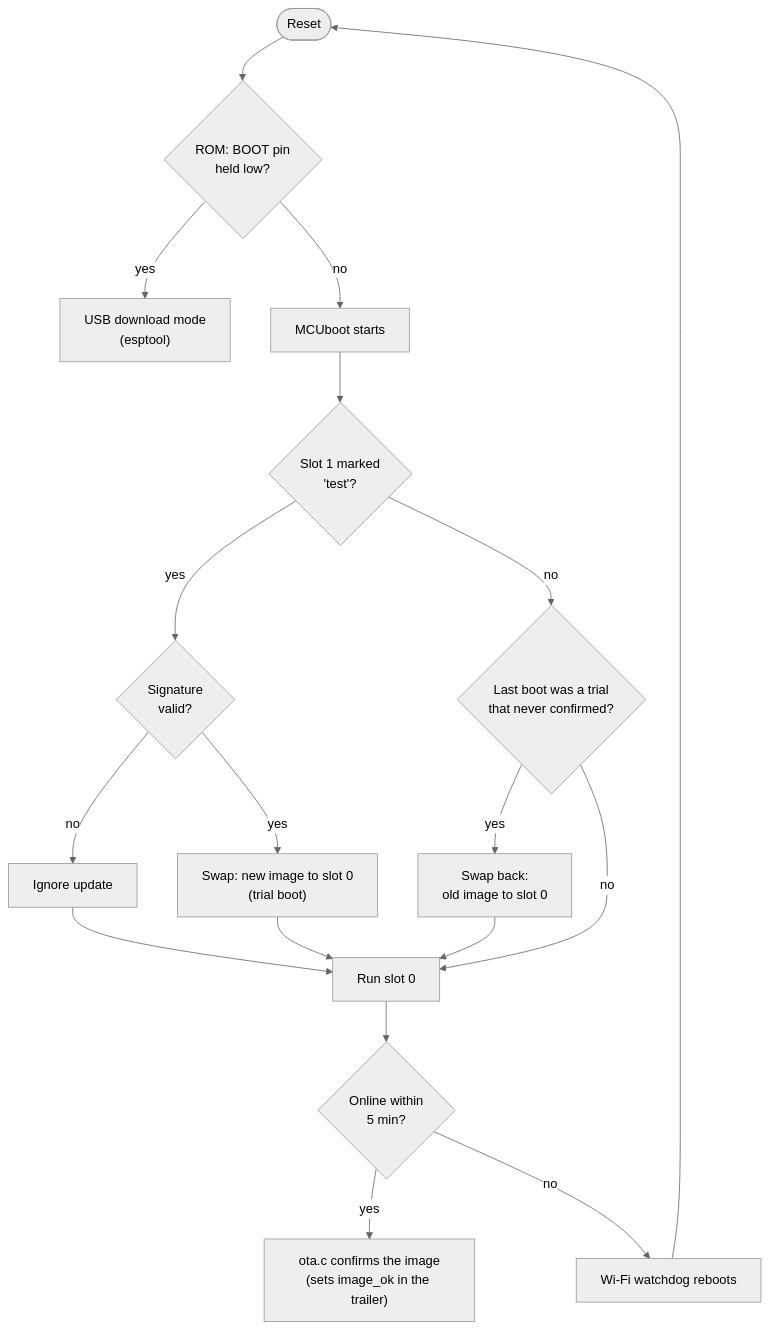
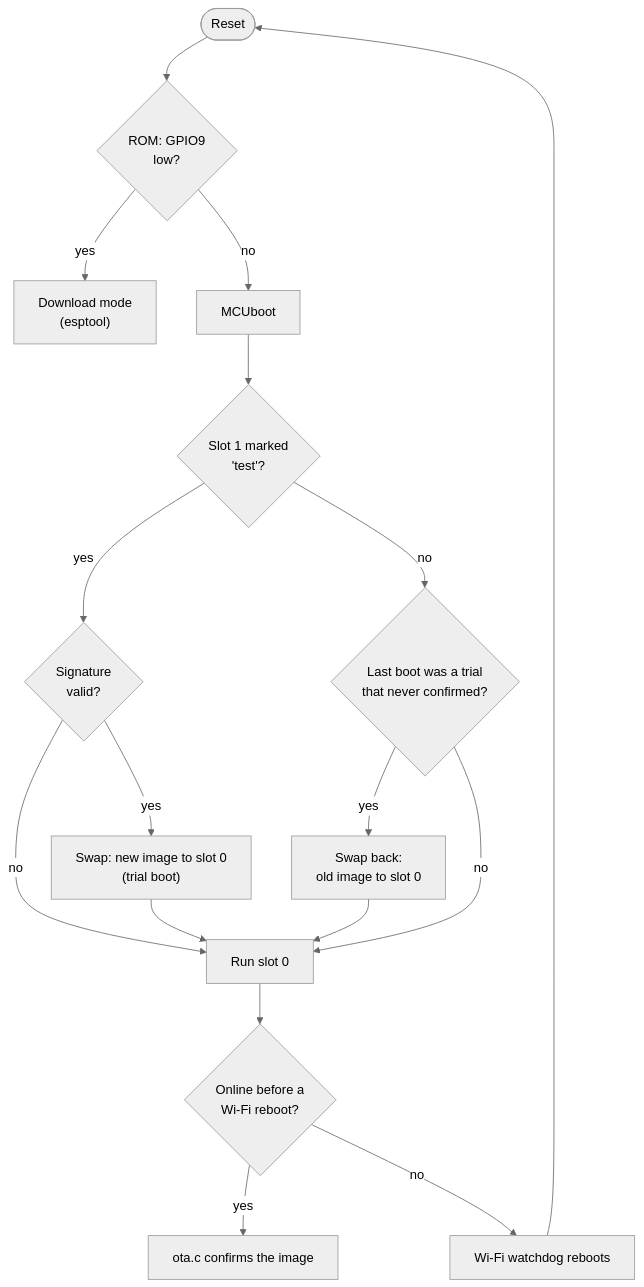
One commit to bbzorba/ESP32C6-Zephyr-IoT-Projects changed the second of 3 diagrams in applications/web_app/BOOTLOADER.md. Above: the diagram before and after it, drawn with Mermaid (neutral theme). The commit also changed other lines of this file and 13 other files, not shown here.

````diff
--- a/applications/web_app/BOOTLOADER.md
+++ b/applications/web_app/BOOTLOADER.md
@@ -65,19 +51,18 @@
 ```mermaid
 flowchart TD
-    R([Reset]) --> ROM{"ROM: BOOT pin<br/>held low?"}
-    ROM -- yes --> DL["USB download mode<br/>(esptool)"]
-    ROM -- no --> MB["MCUboot starts"]
+    R([Reset]) --> ROM{"ROM: GPIO9<br/>low?"}
+    ROM -- yes --> DL["Download mode<br/>(esptool)"]
+    ROM -- no --> MB["MCUboot"]
     MB --> P{"Slot 1 marked<br/>'test'?"}
     P -- yes --> SIG{"Signature<br/>valid?"}
-    SIG -- no --> KEEP["Ignore update"]
+    SIG -- no --> RUN
     SIG -- yes --> SWAP["Swap: new image to slot 0<br/>(trial boot)"]
     P -- no --> T{"Last boot was a trial<br/>that never confirmed?"}
     T -- yes --> REV["Swap back:<br/>old image to slot 0"]
     T -- no --> RUN
-    KEEP --> RUN
     SWAP --> RUN
     REV --> RUN["Run slot 0"]
-    RUN --> ON{"Online within<br/>5 min?"}
-    ON -- yes --> OK["ota.c confirms the image<br/>(sets image_ok in the trailer)"]
+    RUN --> ON{"Online before a<br/>Wi-Fi reboot?"}
+    ON -- yes --> OK["ota.c confirms the image"]
     ON -- no --> WD["Wi-Fi watchdog reboots"] --> R
 ```
````
